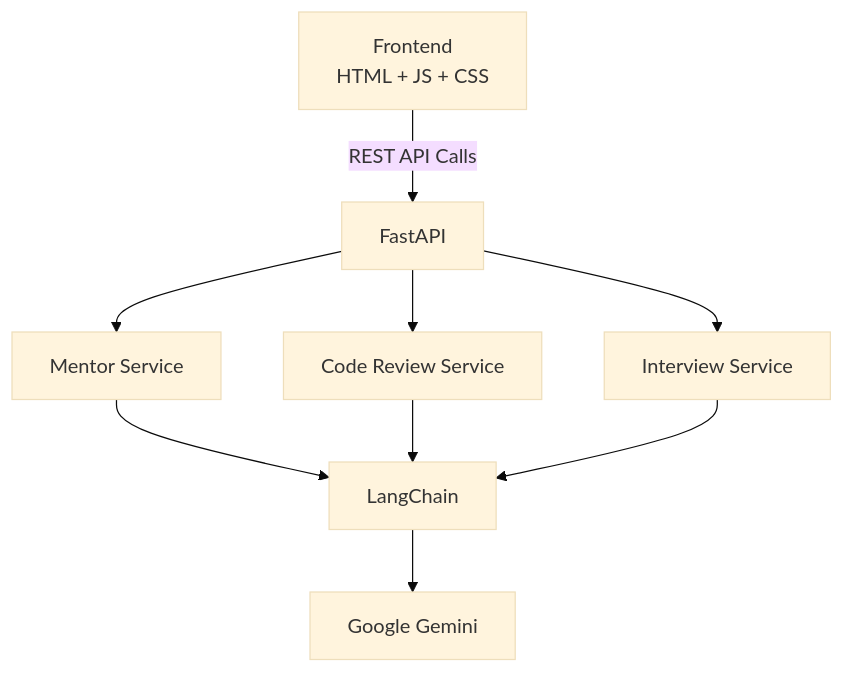
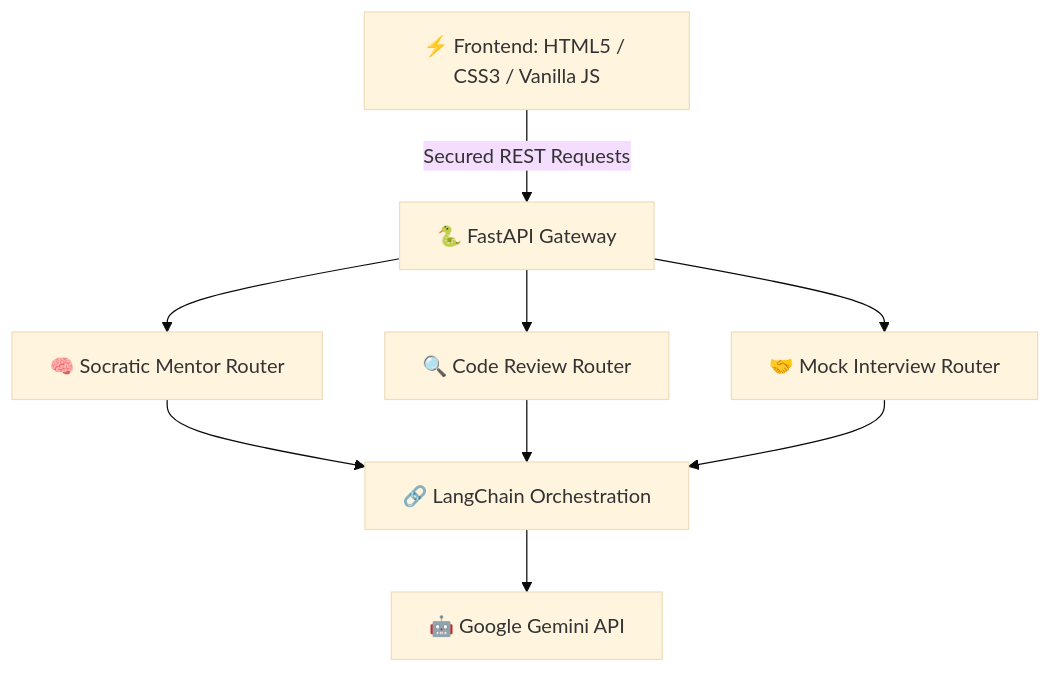
The diagram in Readme.md (diwakar2905/AlgoSensei-Your-Personal-AI-Coding-Sensei), drawn with Mermaid (base theme) before and after one commit. The commit also changed other lines of this file, not shown here.

````diff
--- a/Readme.md
+++ b/Readme.md
@@ -11,11 +27,11 @@
 ```mermaid
 flowchart TD
-	A[Frontend<br/>HTML + JS + CSS] -->|REST API Calls| B[FastAPI]
-	B --> C[Mentor Service]
-	B --> D[Code Review Service]
-	B --> E[Interview Service]
-	C --> F[LangChain]
-	D --> F
-	E --> F
-	F --> G[Google Gemini]
+    A[⚡ Frontend: HTML5 / CSS3 / Vanilla JS] -->|Secured REST Requests| B[🐍 FastAPI Gateway]
+    B --> C[🧠 Socratic Mentor Router]
+    B --> D[🔍 Code Review Router]
+    B --> E[🤝 Mock Interview Router]
+    C --> F[🔗 LangChain Orchestration]
+    D --> F
+    E --> F
+    F --> G[🤖 Google Gemini API]
 ```
````
